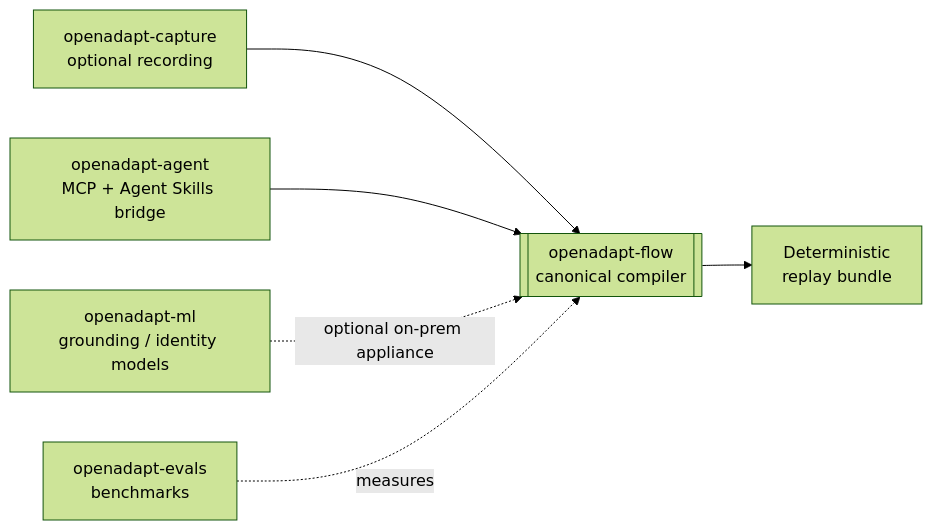
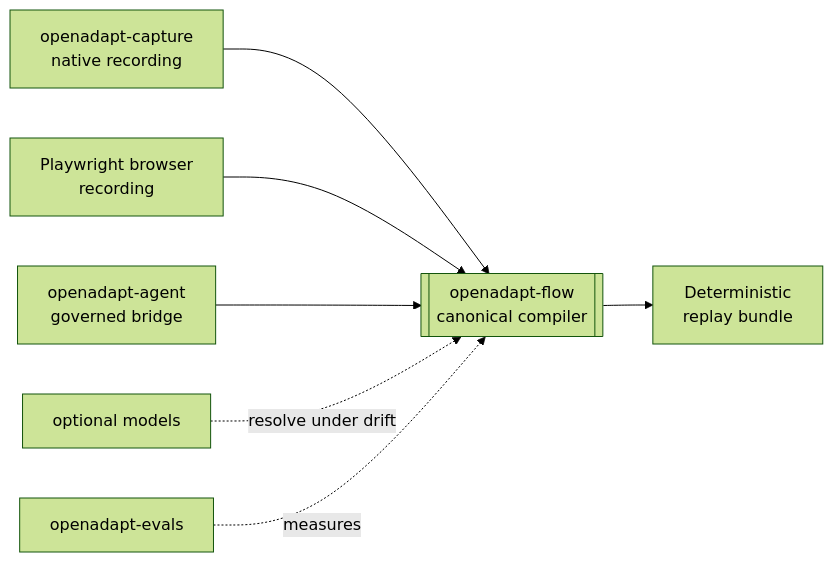
Before and after one commit to OpenAdaptAI/openadapt-ops: the diagram in docs/ecosystem/index.md, drawn with Mermaid (forest theme). The commit also changed other lines of this file and 17 other files, not shown here.

````diff
--- a/docs/ecosystem/index.md
+++ b/docs/ecosystem/index.md
@@ -53,8 +52,9 @@
 ```mermaid
 flowchart LR
-    C[openadapt-capture<br/>optional recording] --> F[[openadapt-flow<br/>canonical compiler]]
+    C[openadapt-capture<br/>native recording] --> F[[openadapt-flow<br/>canonical compiler]]
+    B[Playwright browser<br/>recording] --> F
     F --> R[Deterministic<br/>replay bundle]
-    A[openadapt-agent<br/>MCP + Agent Skills bridge] --> F
-    ML[openadapt-ml<br/>grounding / identity models] -.optional on-prem appliance.-> F
-    E[openadapt-evals<br/>benchmarks] -.measures.-> F
+    A[openadapt-agent<br/>governed bridge] --> F
+    ML[optional models] -.resolve under drift.-> F
+    E[openadapt-evals] -.measures.-> F
 ```
````
